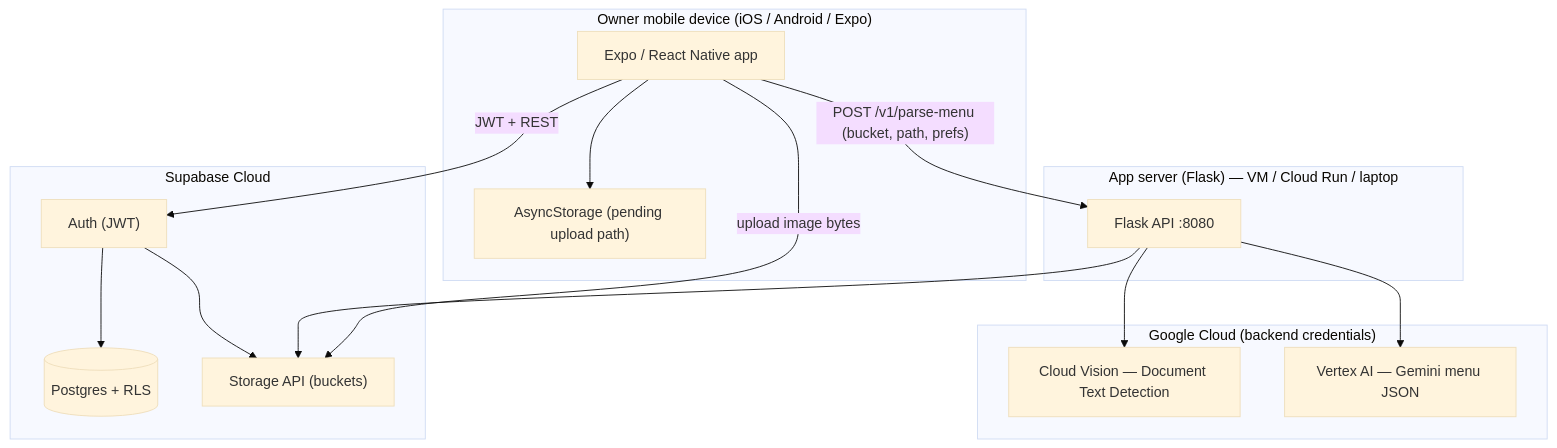
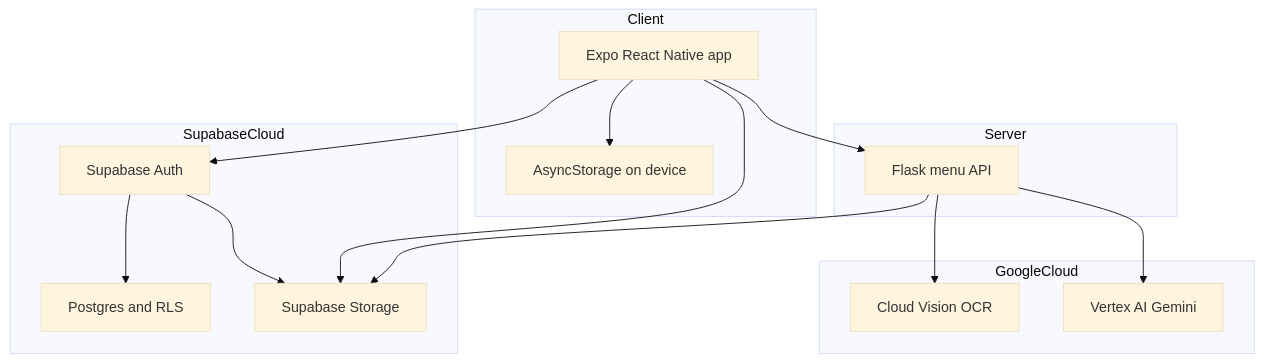
The first of 3 diagrams in docs/dev-specs/us6-restaurant-menu-upload.md (qianxuege/PickMyPlate2), drawn with Mermaid (base theme) before and after one commit. The commit also changed other lines of this file, not shown here.

````diff
--- a/docs/dev-specs/us6-restaurant-menu-upload.md
+++ b/docs/dev-specs/us6-restaurant-menu-upload.md
@@ -22,32 +22,28 @@
 ```mermaid
-flowchart TB
-  subgraph device["Owner mobile device (iOS / Android / Expo)"]
-    ExpoApp["Expo / React Native app"]
-    AsyncStore["AsyncStorage (pending upload path)"]
+graph TB
+  subgraph Client
+    ExpoApp[Expo React Native app]
+    AsyncStore[AsyncStorage on device]
     ExpoApp --> AsyncStore
   end
-
-  subgraph supabase_cloud["Supabase Cloud"]
-    Auth["Auth (JWT)"]
-    PG[("Postgres + RLS")]
-    StorageAPI["Storage API (buckets)"]
+  subgraph Server
+    Flask[Flask menu API]
+  end
+  subgraph SupabaseCloud
+    Auth[Supabase Auth]
+    PG[Postgres and RLS]
+    StorageAPI[Supabase Storage]
     Auth --> PG
     Auth --> StorageAPI
   end
-
-  subgraph gcp["Google Cloud (backend credentials)"]
-    Vision["Cloud Vision — Document Text Detection"]
-    Vertex["Vertex AI — Gemini menu JSON"]
+  subgraph GoogleCloud
+    Vision[Cloud Vision OCR]
+    Vertex[Vertex AI Gemini]
   end
-
-  subgraph compute["App server (Flask) — VM / Cloud Run / laptop"]
-    Flask["Flask API :8080"]
-    Flask --> Vision
-    Flask --> Vertex
-    Flask --> StorageAPI
-  end
-
-  ExpoApp -->|"JWT + REST"| Auth
-  ExpoApp -->|"upload image bytes"| StorageAPI
-  ExpoApp -->|"POST /v1/parse-menu (bucket, path, prefs)"| Flask
+  ExpoApp --> Auth
+  ExpoApp --> StorageAPI
+  ExpoApp --> Flask
+  Flask --> Vision
+  Flask --> Vertex
+  Flask --> StorageAPI
 ```
````
